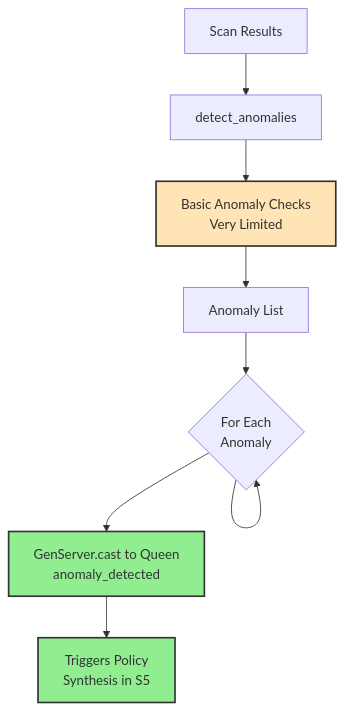
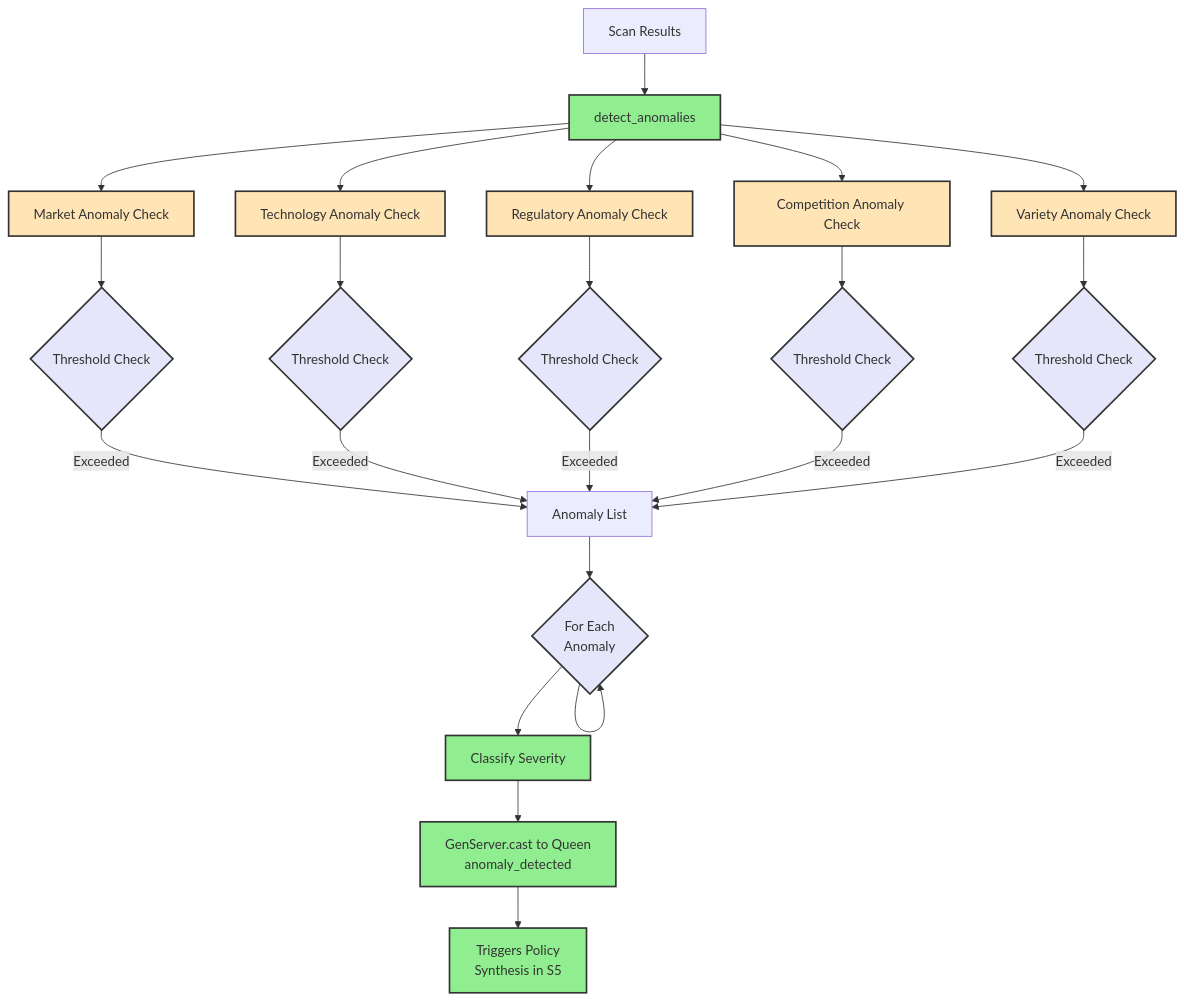
The fifth of 9 diagrams in docs/diagrams/10_environmental_scanning.md (jmanhype/vsm-phoenix-app), drawn with Mermaid before and after one commit. The commit also changed other lines of this file and 1 other file, not shown here.

First line of the commit message:
Rewrite environmental scanning diagram with comprehensive detail

````diff
--- a/docs/diagrams/10_environmental_scanning.md
+++ b/docs/diagrams/10_environmental_scanning.md
@@ -181,22 +268,39 @@
 ```mermaid
 flowchart TD
     ScanData[Scan Results] --> DetectAnom[detect_anomalies]
     
-    DetectAnom --> BasicChecks[Basic Anomaly Checks<br/>Very Limited]
+    DetectAnom --> MarketAnom[Market Anomaly Check]
+    DetectAnom --> TechAnom[Technology Anomaly Check]
+    DetectAnom --> RegAnom[Regulatory Anomaly Check]
+    DetectAnom --> CompAnom[Competition Anomaly Check]
+    DetectAnom --> VarietyAnom[Variety Anomaly Check]
     
-    BasicChecks --> AnomalyList[Anomaly List]
+    MarketAnom --> MarketThreshold{Threshold Check}
+    TechAnom --> TechThreshold{Threshold Check}
+    RegAnom --> RegThreshold{Threshold Check}
+    CompAnom --> CompThreshold{Threshold Check}
+    VarietyAnom --> VarietyThreshold{Threshold Check}
+    
+    MarketThreshold -->|Exceeded| AnomalyList[Anomaly List]
+    TechThreshold -->|Exceeded| AnomalyList
+    RegThreshold -->|Exceeded| AnomalyList
+    CompThreshold -->|Exceeded| AnomalyList
+    VarietyThreshold -->|Exceeded| AnomalyList
     
     AnomalyList --> LoopAnom{For Each<br/>Anomaly}
     
-    LoopAnom --> CastQueen[GenServer.cast to Queen<br/>anomaly_detected]
+    LoopAnom --> ClassifyAnom[Classify Severity]
+    ClassifyAnom --> CastQueen[GenServer.cast to Queen<br/>anomaly_detected]
     
     CastQueen --> PolicySynth[Triggers Policy<br/>Synthesis in S5]
     
     LoopAnom --> LoopAnom
     
-    classDef simple fill:#FFE4B5,stroke:#333,stroke-width:2px
-    classDef working fill:#90EE90,stroke:#333,stroke-width:2px
+    classDef check fill:#FFE4B5,stroke:#333,stroke-width:2px
+    classDef action fill:#90EE90,stroke:#333,stroke-width:2px
+    classDef decision fill:#E6E6FA,stroke:#333,stroke-width:2px
     
-    class BasicChecks simple
-    class CastQueen,PolicySynth working
+    class MarketAnom,TechAnom,RegAnom,CompAnom,VarietyAnom check
+    class DetectAnom,ClassifyAnom,CastQueen,PolicySynth action
+    class MarketThreshold,TechThreshold,RegThreshold,CompThreshold,VarietyThreshold,LoopAnom decision
 ```
````
